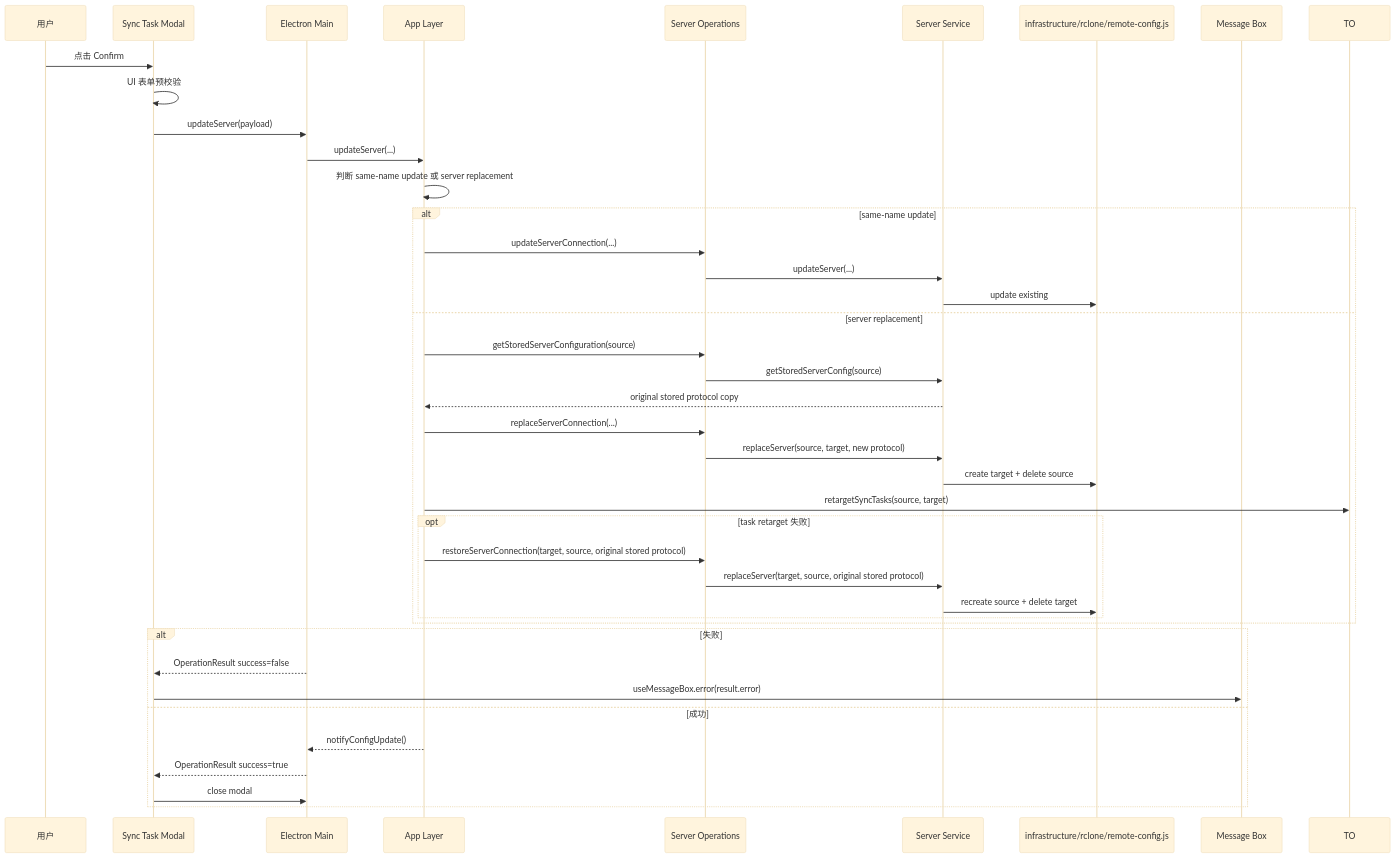
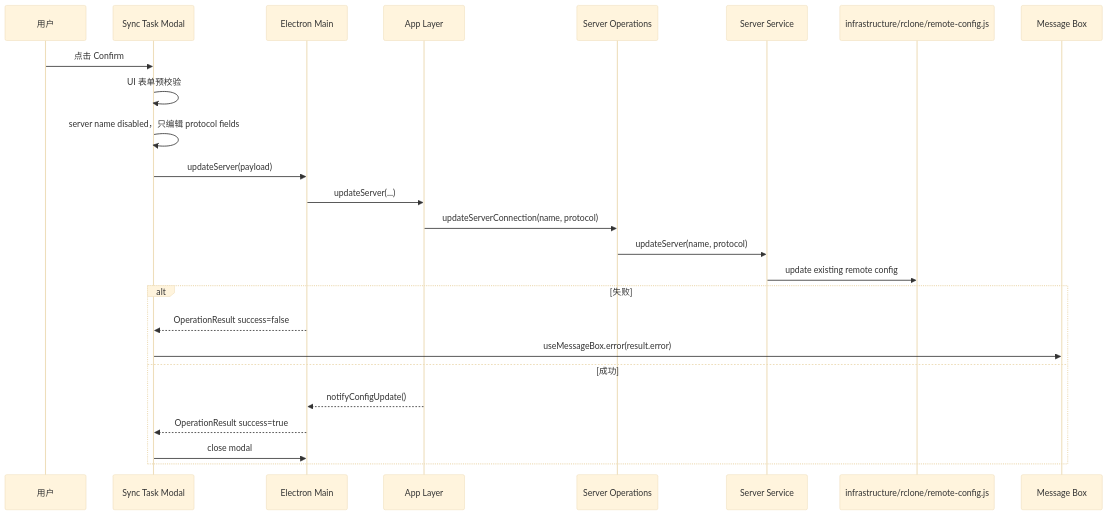
Diagram 14 of 15 in docs/Flows.md (agalloch21/sync-with-rclone), drawn with Mermaid (base theme) before and after one commit. The commit also changed other lines of this file and 25 other files, not shown here.

````diff
--- a/docs/Flows.md
+++ b/docs/Flows.md
@@ -457,43 +456,28 @@
 ```mermaid
 sequenceDiagram
   participant U as 用户
   participant M as Sync Task Modal
   participant EM as Electron Main
   participant APP as App Layer
   participant SO as Server Operations
   participant SS as Server Service
   participant RC as infrastructure/rclone/remote-config.js
   participant MB as Message Box
 
   U->>M: 点击 Confirm
   M->>M: UI 表单预校验
+  M->>M: server name disabled，只编辑 protocol fields
   M->>EM: updateServer(payload)
   EM->>APP: updateServer(...)
-  APP->>APP: 判断 same-name update 或 server replacement
-  alt same-name update
-    APP->>SO: updateServerConnection(...)
-    SO->>SS: updateServer(...)
-    SS->>RC: update existing
-  else server replacement
-    APP->>SO: getStoredServerConfiguration(source)
-    SO->>SS: getStoredServerConfig(source)
-    SS-->>APP: original stored protocol copy
-    APP->>SO: replaceServerConnection(...)
-    SO->>SS: replaceServer(source, target, new protocol)
-    SS->>RC: create target + delete source
-    APP->>TO: retargetSyncTasks(source, target)
-    opt task retarget 失败
-      APP->>SO: restoreServerConnection(target, source, original stored protocol)
-      SO->>SS: replaceServer(target, source, original stored protocol)
-      SS->>RC: recreate source + delete target
-    end
-  end
+  APP->>SO: updateServerConnection(name, protocol)
+  SO->>SS: updateServer(name, protocol)
+  SS->>RC: update existing remote config
   alt 失败
     EM-->>M: OperationResult success=false
     M->>MB: useMessageBox.error(result.error)
   else 成功
     APP-->>EM: notifyConfigUpdate()
     EM-->>M: OperationResult success=true
     M->>EM: close modal
   end
 ```
````
